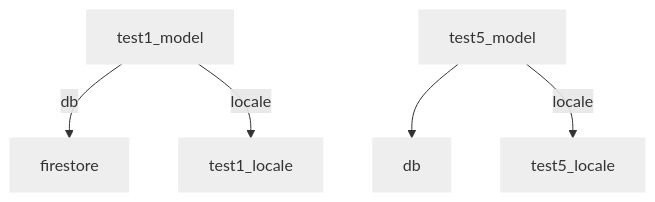
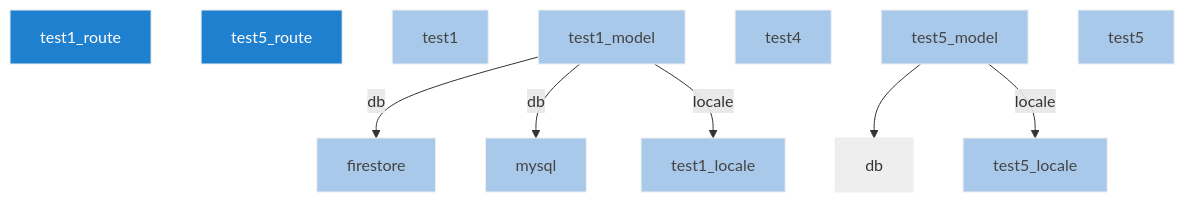
The diagram in dependencies.mmd (franck-yvetot/nxn-cli), drawn with Mermaid before and after one commit. The commit also changed 2 other files, not shown here.

```diff
--- a/dependencies.mmd
+++ b/dependencies.mmd
@@ -1,9 +1,21 @@
 graph TD;
     classDef node fill:#eee,stroke:#eee,color:#333
     classDef route fill:#2080D0,stroke:#eee,color:#fff
     classDef nod fill:#C080C0,stroke:#eee,color:#fff
     classDef service fill:#A9C9EB,stroke:#eee,color:#444
+    test1_route:::route
+    test5_route:::route
+    test1:::service
+    test1_locale:::service
+    firestore:::service
+    test1_model:::service
     test1_model -- db -->firestore;
+    test1_model -- db -->mysql;
     test1_model -- locale -->test1_locale;
+    mysql:::service
+    test4:::service
+    test5_locale:::service
+    test5_model:::service
     test5_model --> db;
     test5_model -- locale -->test5_locale;
+    test5:::service
```
